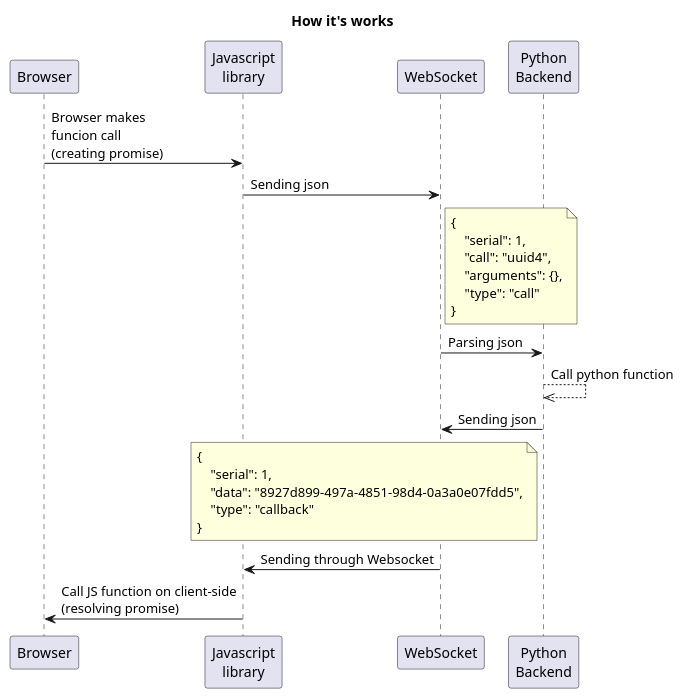
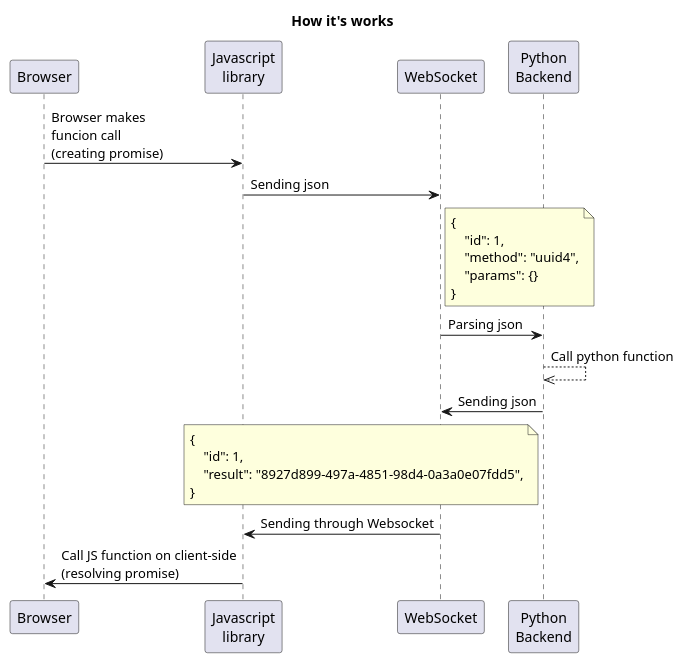
The diagram in docs/source/explanation.puml (wsrpc/wsrpc-aiohttp), drawn with PlantUML before and after one commit. The commit also changed 16 other files, not shown here.

```diff
--- a/docs/source/explanation.puml
+++ b/docs/source/explanation.puml
@@ -1,40 +1,38 @@
 @startuml
 
 title How it's works
 
 
 participant Browser as browser
 participant "Javascript\nlibrary" as jslib
 participant WebSocket as ws
 participant "Python\nBackend" as backend
 
 browser -> jslib: Browser makes\nfuncion call\n(creating promise)
 jslib -> ws: Sending json
 
 note right of ws
     {
-        "serial": 1,
-        "call": "uuid4",
-        "arguments": {},
-        "type": "call"
+        "id": 1,
+        "method": "uuid4",
+        "params": {}
     }
 end note
 
 ws -> backend: Parsing json
 backend -->> backend: Call python function
 
 backend -> ws: Sending json
 
 note left of backend
     {
-        "serial": 1,
-        "data": "8927d899-497a-4851-98d4-0a3a0e07fdd5",
-        "type": "callback"
+        "id": 1,
+        "result": "8927d899-497a-4851-98d4-0a3a0e07fdd5",
     }
 end note
 
 ws -> jslib: Sending through Websocket
 jslib -> browser: Call JS function on client-side\n(resolving promise)
 
 
 @enduml
```
